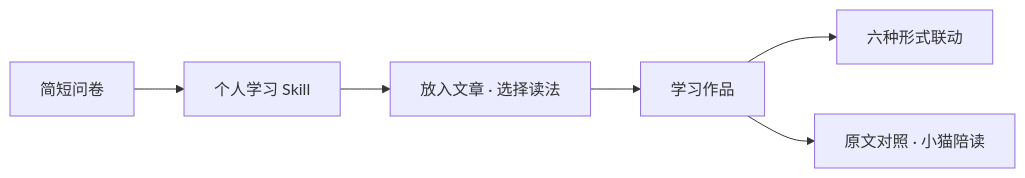
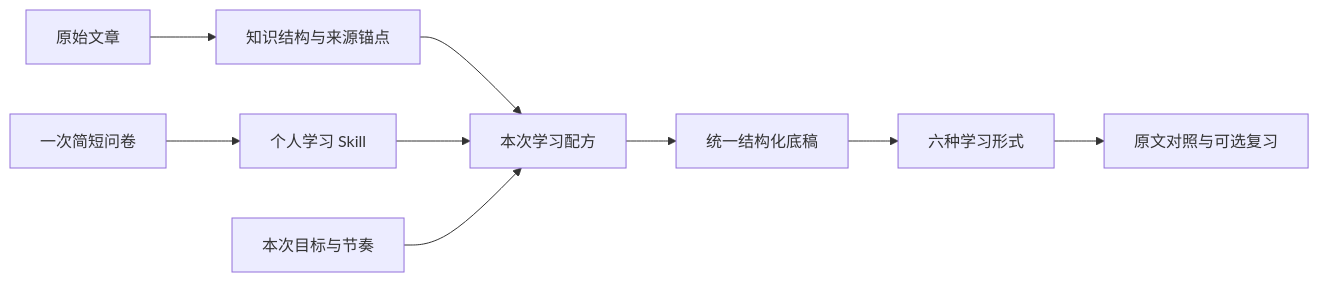
One commit to lizx-lzx/zhijing changed the diagram in README.md. Above: the diagram before and after it, drawn with Mermaid. The commit also changed other lines of this file and 1 other file, not shown here.

````diff
--- a/README.md
+++ b/README.md
@@ -34,8 +34,11 @@
 ```mermaid
 flowchart LR
-  A[简短问卷] --> B[个人学习 Skill]
-  B --> C[放入文章 · 选择读法]
-  C --> D[学习作品]
-  D --> E[六种形式联动]
-  D --> F[原文对照 · 小猫陪读]
+  Q[一次简短问卷] --> S[个人学习 Skill]
+  A[原始文章] --> K[知识结构与来源锚点]
+  K --> R[本次学习配方]
+  S --> R
+  T[本次目标与节奏] --> R
+  R --> D[统一结构化底稿]
+  D --> V[六种学习形式]
+  V --> F[原文对照与可选复习]
 ```
````
